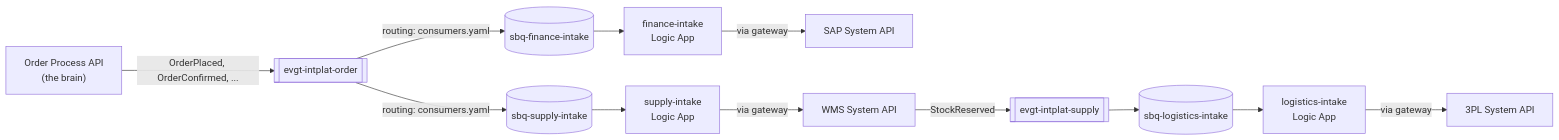
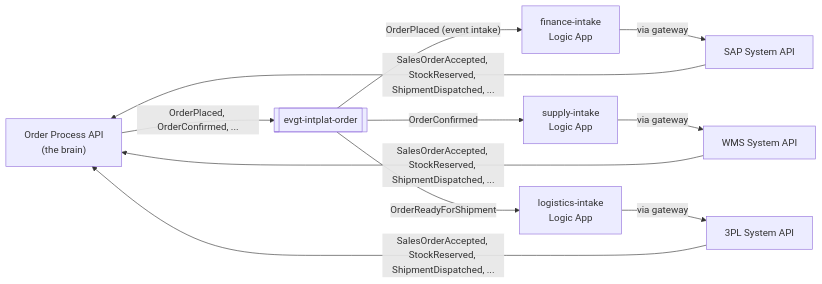
Before and after one commit to azure-intelligence-domain/ai-intelligence-domain: the diagram in docs/adr/0015-one-intake-per-domain.md, drawn with Mermaid. The commit also changed other lines of this file and 1 other file, not shown here.

First line of the commit message:
ADR 0016: event delivery pushed by Event Grid, through the gateway; ADR 0015 refined

````diff
--- a/docs/adr/0015-one-intake-per-domain.md
+++ b/docs/adr/0015-one-intake-per-domain.md
@@ -35,9 +40,8 @@
 ```mermaid
 flowchart LR
     papi["Order Process API<br/>(the brain)"] -- "OrderPlaced, OrderConfirmed, ..." --> tOrder[["evgt-intplat-order"]]
-    tOrder -- "routing: consumers.yaml" --> qFin[("sbq-finance-intake")] & qSup[("sbq-supply-intake")]
-    qFin --> fin["finance-intake<br/>Logic App"] -- "via gateway" --> sap["SAP System API"]
-    qSup --> sup["supply-intake<br/>Logic App"] -- "via gateway" --> wms["WMS System API"]
-    wms -- "StockReserved" --> tSup[["evgt-intplat-supply"]] --> qLog[("sbq-logistics-intake")]
-    qLog --> log["logistics-intake<br/>Logic App"] -- "via gateway" --> tpl["3PL System API"]
+    tOrder -- "OrderPlaced (event intake)" --> fin["finance-intake<br/>Logic App"] -- "via gateway" --> sap["SAP System API"]
+    tOrder -- "OrderConfirmed" --> sup["supply-intake<br/>Logic App"] -- "via gateway" --> wms["WMS System API"]
+    tOrder -- "OrderReadyForShipment" --> log["logistics-intake<br/>Logic App"] -- "via gateway" --> tpl["3PL System API"]
+    sap & wms & tpl -- "SalesOrderAccepted, StockReserved, ShipmentDispatched, ..." --> papi
 ```
````
